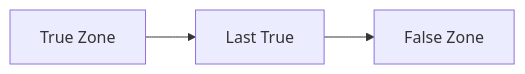
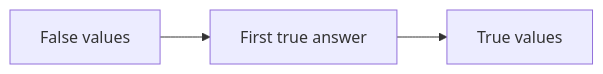
One commit to mthaiseer/springcloud-systemdesign-notes changed the fourth of 24 diagrams in CP_DSA_NOTES/CONCEPT_FRAMEWORK_FORMS_TATICS/binary_search_playbook.md. Above: the diagram before and after it, drawn with Mermaid. The commit also changed other lines of this file, not shown here.

````diff
--- a/CP_DSA_NOTES/CONCEPT_FRAMEWORK_FORMS_TATICS/binary_search_playbook.md
+++ b/CP_DSA_NOTES/CONCEPT_FRAMEWORK_FORMS_TATICS/binary_search_playbook.md
@@ -106,5 +151,5 @@
 ```mermaid
 flowchart LR
-    A["True Zone"] --> B["Last True"]
-    B --> C["False Zone"]
+    A["False values"] --> B["First true answer"]
+    B --> C["True values"]
 ```
````
